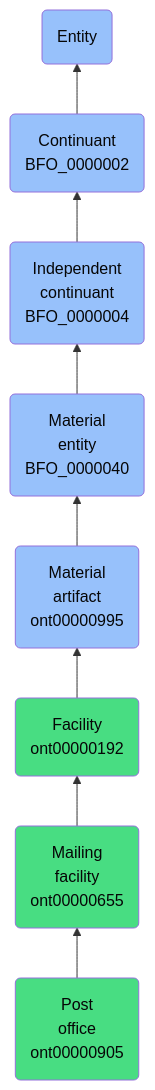
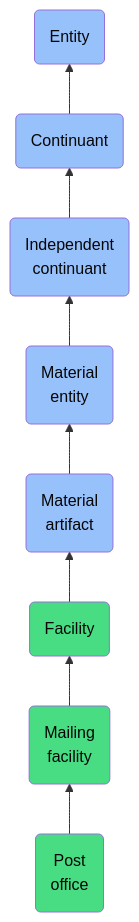
The diagram in docs/ontology/reference/model/Entity/Continuant/Independent continuant/Material entity/Material artifact/Facility/Mailing facility/Post office/Post office.md (jupyter-naas/abi), drawn with Mermaid before and after one commit. The commit also changed other lines of this file and 1430 other files, not shown here.

````diff
--- a/docs/ontology/reference/model/Entity/Continuant/Independent continuant/Material entity/Material artifact/Facility/Mailing facility/Post office/Post office.md
+++ b/docs/ontology/reference/model/Entity/Continuant/Independent continuant/Material entity/Material artifact/Facility/Mailing facility/Post office/Post office.md
@@ -24,15 +24,15 @@
 ```mermaid
 graph BT
-    ont00000905(Post<br>office<br>ont00000905):::ABI-->ont00000655
-    ont00000655(Mailing<br>facility<br>ont00000655):::ABI-->ont00000192
-    ont00000192(Facility<br>ont00000192):::ABI-->ont00000995
-    ont00000995(Material<br>artifact<br>ont00000995):::BFO-->BFO_0000040
-    BFO_0000040(Material<br>entity<br>BFO_0000040):::BFO-->BFO_0000004
-    BFO_0000004(Independent<br>continuant<br>BFO_0000004):::BFO-->BFO_0000002
-    BFO_0000002(Continuant<br>BFO_0000002):::BFO-->BFO_0000001
+    ont00000905(Post<br>office):::ABI-->ont00000655
+    ont00000655(Mailing<br>facility):::ABI-->ont00000192
+    ont00000192(Facility):::ABI-->ont00000995
+    ont00000995(Material<br>artifact):::BFO-->BFO_0000040
+    BFO_0000040(Material<br>entity):::BFO-->BFO_0000004
+    BFO_0000004(Independent<br>continuant):::BFO-->BFO_0000002
+    BFO_0000002(Continuant):::BFO-->BFO_0000001
     BFO_0000001(Entity):::BFO
     
     classDef BFO fill:#97c1fb,color:#060606
     classDef CCO fill:#e4c51e,color:#060606
     classDef ABI fill:#48DD82,color:#060606
 ```
````
